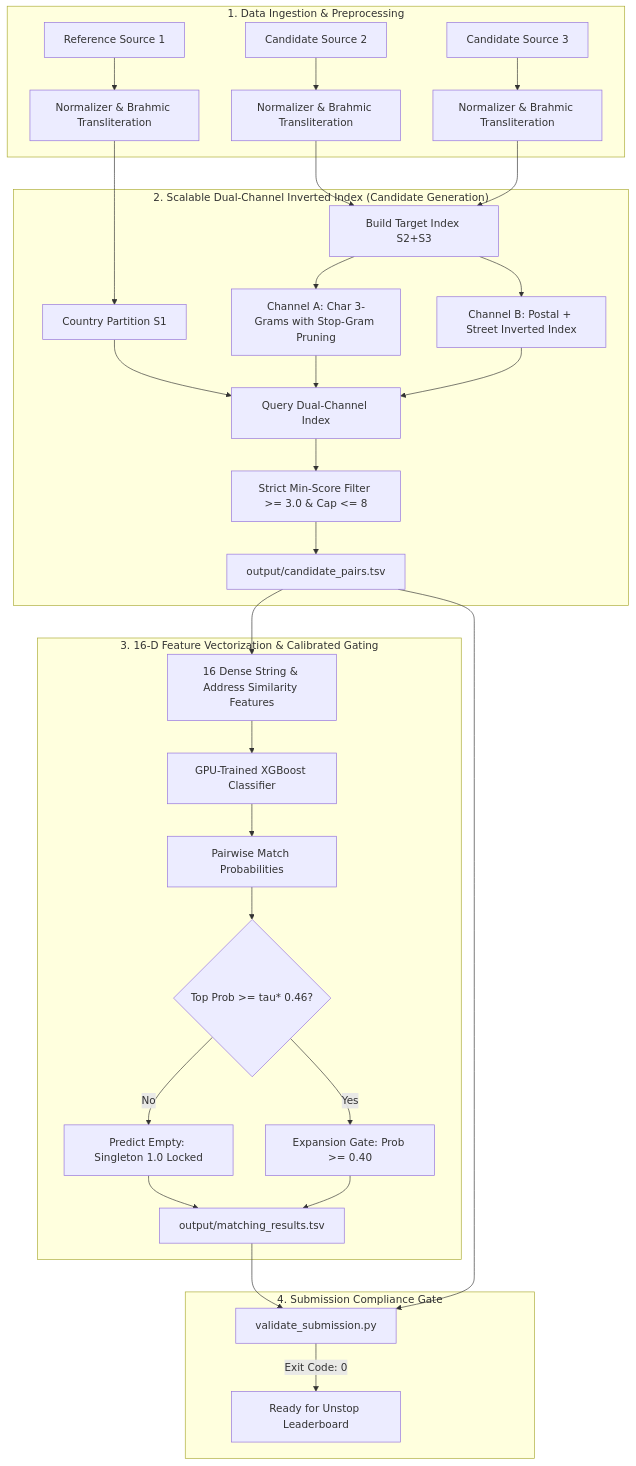
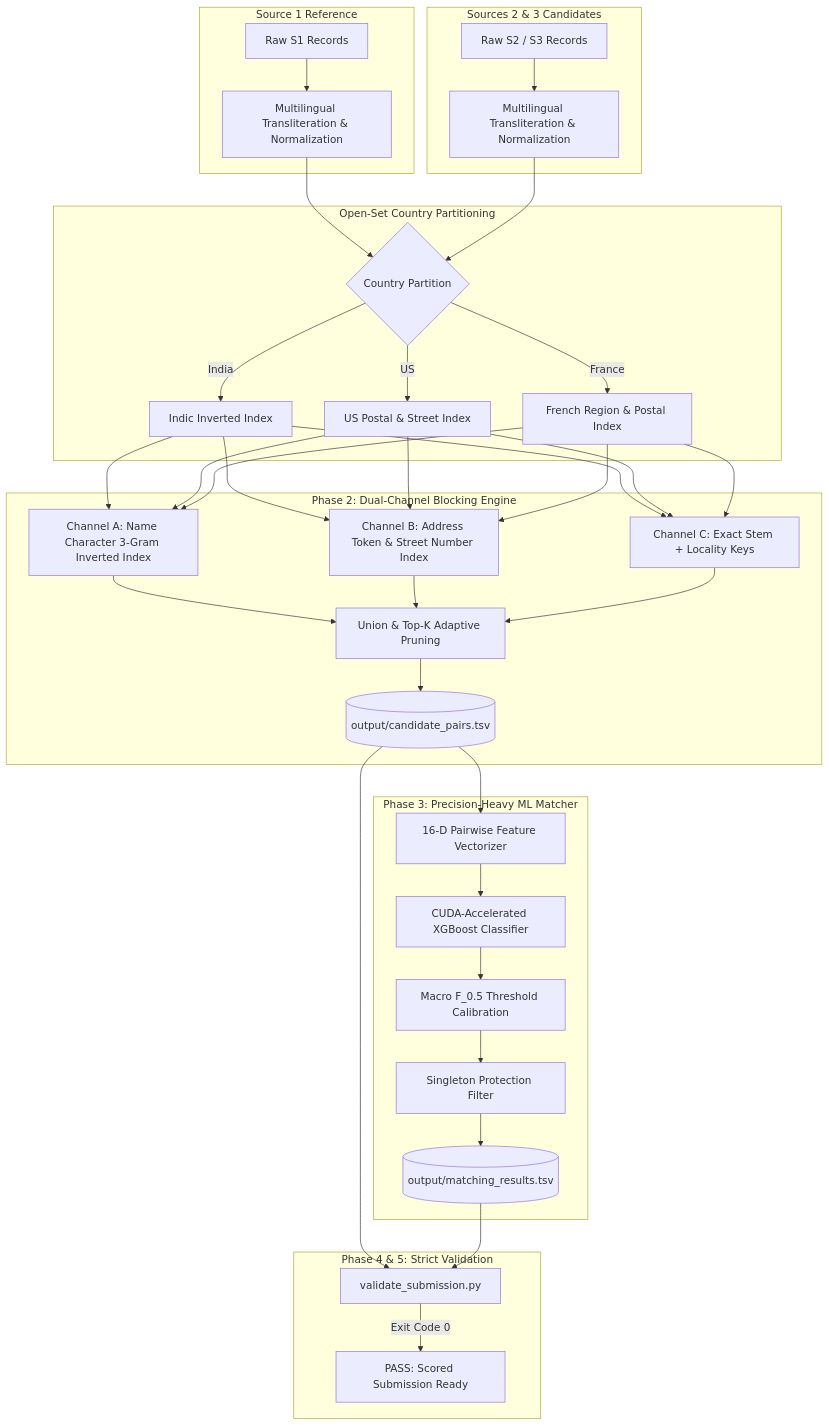
The diagram in KernelRaise_submission/README.md (naveencmy/business_entity_resolution), drawn with Mermaid before and after one commit. The commit also changed other lines of this file and 19 other files, not shown here.

Commit message:
fix(pipeline): eliminate data leakage, fix blocking num_grams, calibrate two-stage anchor threshold, and add France/India locality

````diff
--- a/KernelRaise_submission/README.md
+++ b/KernelRaise_submission/README.md
@@ -42,43 +58,39 @@
 ```mermaid
 flowchart TD
-    subgraph INGESTION["1. Data Ingestion & Preprocessing"]
-        S1[Reference Source 1] --> Norm1[Normalizer & Brahmic Transliteration]
-        S2[Candidate Source 2] --> Norm2[Normalizer & Brahmic Transliteration]
-        S3[Candidate Source 3] --> Norm3[Normalizer & Brahmic Transliteration]
+    subgraph S1_Data [Source 1 Reference]
+        A1[Raw S1 Records] --> A2[Multilingual Transliteration & Normalization]
     end
 
-    subgraph BLOCKING["2. Scalable Dual-Channel Inverted Index (Candidate Generation)"]
-        Norm1 --> PartS1[Country Partition S1]
-        Norm2 --> IdxBuild[Build Target Index S2+S3]
-        Norm3 --> IdxBuild
-        
-        IdxBuild --> ChA[Channel A: Char 3-Grams with Stop-Gram Pruning]
-        IdxBuild --> ChB[Channel B: Postal + Street Inverted Index]
-        
-        PartS1 --> CandQuery[Query Dual-Channel Index]
-        ChA --> CandQuery
-        ChB --> CandQuery
-        
-        CandQuery --> TightFilter[Strict Min-Score Filter >= 3.0 & Cap <= 8]
-        TightFilter --> CandOutput[output/candidate_pairs.tsv]
+    subgraph Target_Data [Sources 2 & 3 Candidates]
+        B1[Raw S2 / S3 Records] --> B2[Multilingual Transliteration & Normalization]
     end
 
-    subgraph MATCHING["3. 16-D Feature Vectorization & Calibrated Gating"]
-        CandOutput --> FeatExtract[16 Dense String & Address Similarity Features]
-        FeatExtract --> XGB[GPU-Trained XGBoost Classifier]
-        XGB --> ProbScore[Pairwise Match Probabilities]
-        
-        ProbScore --> AnchorGate{Top Prob >= tau* 0.46?}
-        AnchorGate -- No --> Singleton[Predict Empty: Singleton 1.0 Locked]
-        AnchorGate -- Yes --> ExpGate[Expansion Gate: Prob >= 0.40]
-        
-        Singleton --> FinalOut[output/matching_results.tsv]
-        ExpGate --> FinalOut
+    subgraph Partitioning [Open-Set Country Partitioning]
+        A2 --> C1{Country Partition}
+        B2 --> C1
+        C1 -->|India| D1[Indic Inverted Index]
+        C1 -->|US| D2[US Postal & Street Index]
+        C1 -->|France| D3[French Region & Postal Index]
     end
 
-    subgraph VALIDATION["4. Submission Compliance Gate"]
-        FinalOut --> ValScript[validate_submission.py]
-        CandOutput --> ValScript
-        ValScript -->|Exit Code: 0| Verified[Ready for Unstop Leaderboard]
+    subgraph Blocking [Phase 2: Dual-Channel Blocking Engine]
+        D1 & D2 & D3 --> E1[Channel A: Name Character 3-Gram Inverted Index]
+        D1 & D2 & D3 --> E2[Channel B: Address Token & Street Number Index]
+        D1 & D2 & D3 --> E3[Channel C: Exact Stem + Locality Keys]
+        E1 & E2 & E3 --> E4[Union & Top-K Adaptive Pruning]
+        E4 --> F1[(output/candidate_pairs.tsv)]
+    end
+
+    subgraph Matching [Phase 3: Precision-Heavy ML Matcher]
+        F1 --> G1[16-D Pairwise Feature Vectorizer]
+        G1 --> G2[CUDA-Accelerated XGBoost Classifier]
+        G2 --> G3[Macro F_0.5 Threshold Calibration]
+        G3 --> G4[Singleton Protection Filter]
+        G4 --> H1[(output/matching_results.tsv)]
+    end
+
+    subgraph Verification [Phase 4 & 5: Strict Validation]
+        F1 & H1 --> V1[validate_submission.py]
+        V1 -->|Exit Code 0| V2[PASS: Scored Submission Ready]
     end
 ```
````
